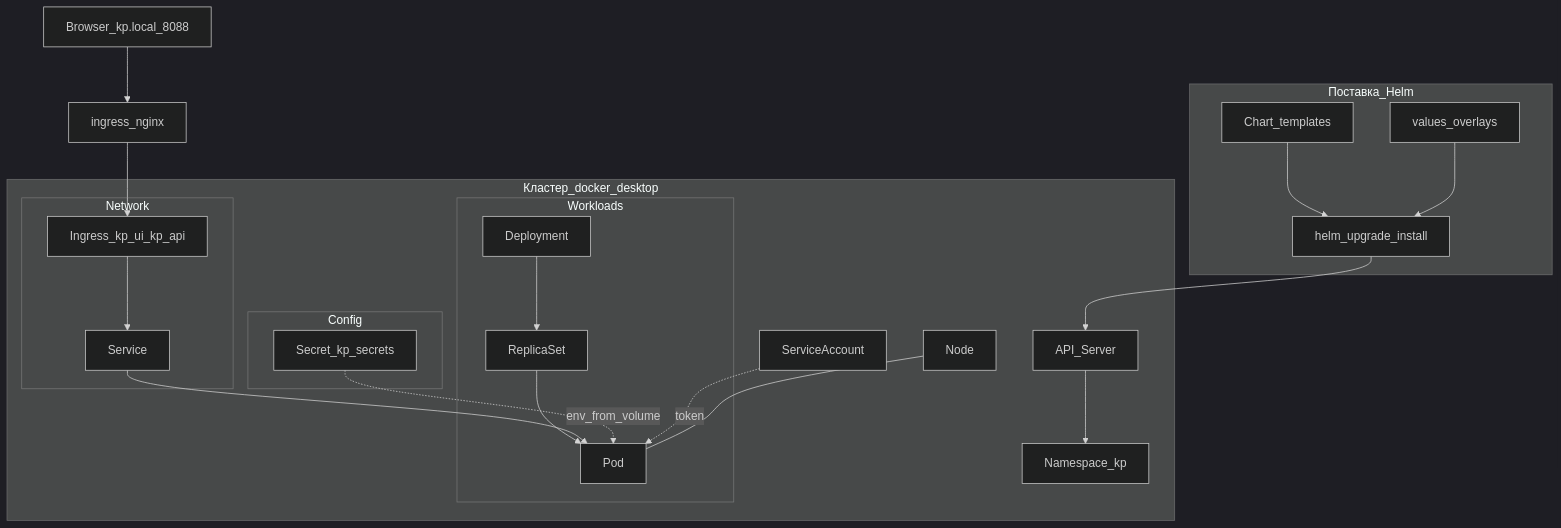
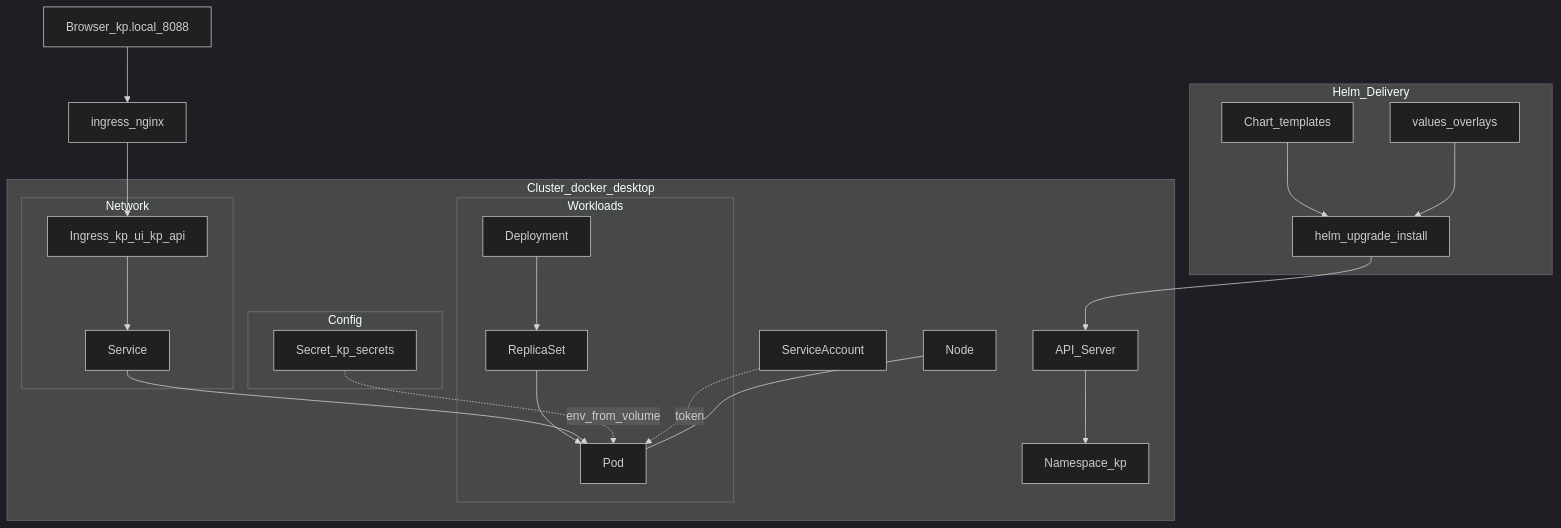
The first of 2 diagrams in docs/infra/k8s-primer.md (YuesIt17/yuit-docs-ai-architect-platform), drawn with Mermaid (dark theme) before and after one commit. The commit also changed other lines of this file and 71 other files, not shown here.

````diff
--- a/docs/infra/k8s-primer.md
+++ b/docs/infra/k8s-primer.md
@@ -101,42 +101,42 @@
 ```mermaid
 flowchart TB
-  subgraph delivery [Поставка_Helm]
+  subgraph delivery [Helm_Delivery]
     Chart[Chart_templates]
     Values[values_overlays]
     Helm[helm_upgrade_install]
     Chart --> Helm
     Values --> Helm
   end
 
-  subgraph cluster [Кластер_docker_desktop]
+  subgraph cluster [Cluster_docker_desktop]
     API[API_Server]
     NS[Namespace_kp]
     Helm --> API
     API --> NS
 
     subgraph workloads [Workloads]
       Dep[Deployment]
       RS[ReplicaSet]
       Pod[Pod]
       Dep --> RS --> Pod
     end
 
     subgraph net [Network]
       Ing[Ingress_kp_ui_kp_api]
       Svc[Service]
       Ing --> Svc
       Svc --> Pod
     end
 
     subgraph cfg [Config]
       Sec[Secret_kp_secrets]
       Sec -.->|env_from_volume| Pod
     end
 
     SA[ServiceAccount] -.->|token| Pod
     Node[Node] --- Pod
   end
 
   Browser[Browser_kp.local_8088] --> INGCTRL[ingress_nginx]
   INGCTRL --> Ing
 ```
````
